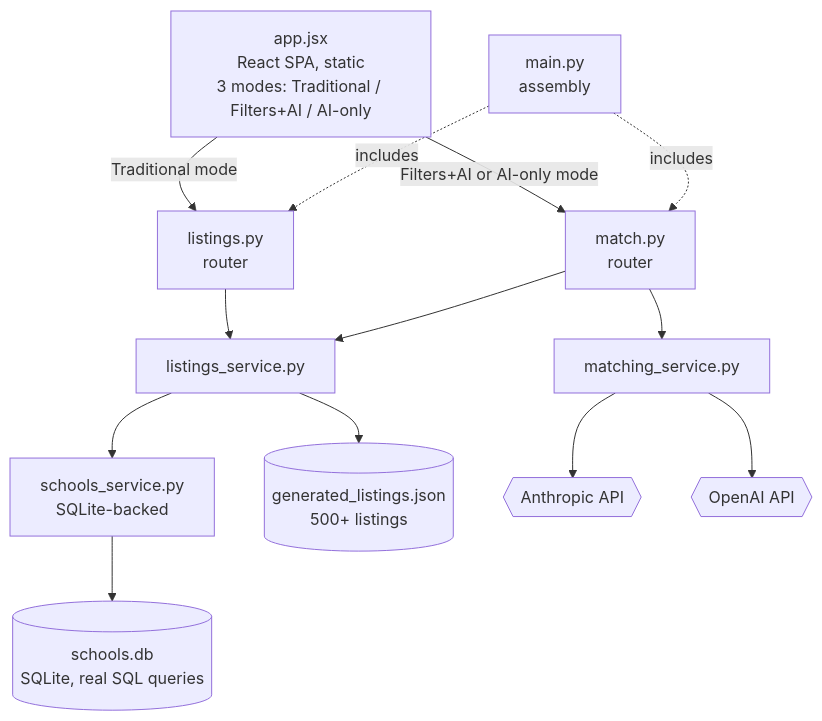
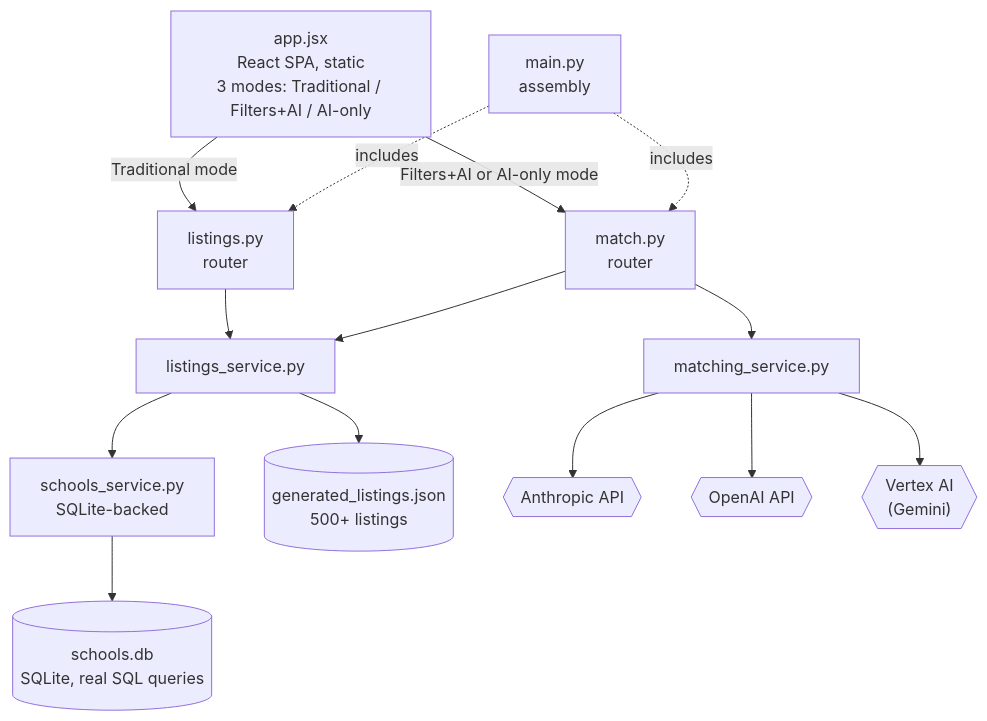
Before and after one commit to KhushbuVaishnav/HomeLens: the second of 9 diagrams in docs/architecture.md, drawn with Mermaid. The commit also changed other lines of this file and 2 other files, not shown here.

````diff
--- a/docs/architecture.md
+++ b/docs/architecture.md
@@ -59,27 +61,29 @@
 ```mermaid
 flowchart TD
     Frontend["app.jsx<br/>React SPA, static<br/>3 modes: Traditional / Filters+AI / AI-only"]
     Main["main.py<br/>assembly"]
     ListingsRouter["listings.py<br/>router"]
     MatchRouter["match.py<br/>router"]
     ListingsService["listings_service.py"]
     MatchingService["matching_service.py"]
     SchoolsService["schools_service.py<br/>SQLite-backed"]
     GeneratedData[("generated_listings.json<br/>500+ listings")]
     SchoolsData[("schools.db<br/>SQLite, real SQL queries")]
     Anthropic{{"Anthropic API"}}
     OpenAI{{"OpenAI API"}}
+    Vertex{{"Vertex AI<br/>(Gemini)"}}
 
     Frontend -->|Traditional mode| ListingsRouter
     Frontend -->|"Filters+AI or AI-only mode"| MatchRouter
     Main -. includes .-> ListingsRouter
     Main -. includes .-> MatchRouter
     ListingsRouter --> ListingsService
     MatchRouter --> ListingsService
     MatchRouter --> MatchingService
     ListingsService --> SchoolsService
     ListingsService --> GeneratedData
     SchoolsService --> SchoolsData
     MatchingService --> Anthropic
     MatchingService --> OpenAI
+    MatchingService --> Vertex
 ```
````
